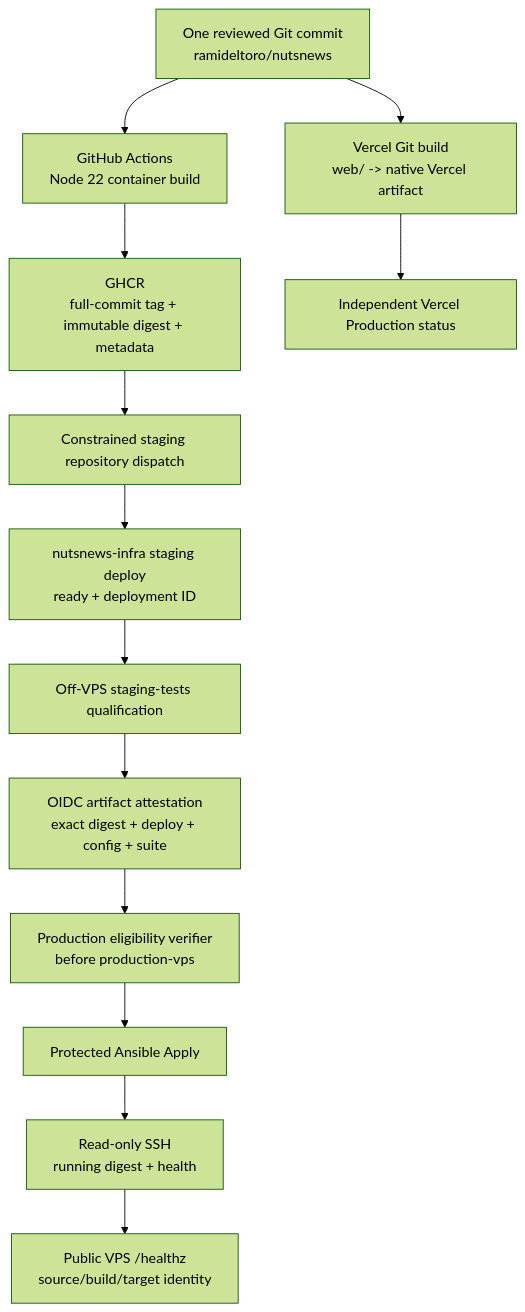
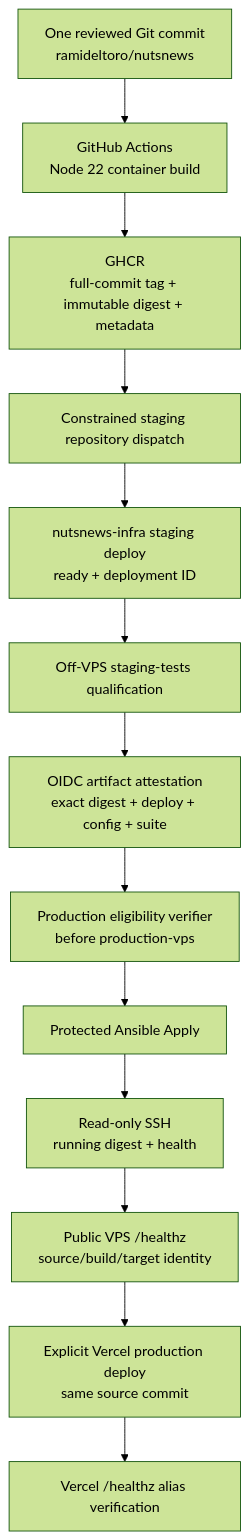
One commit to ramideltoro/nutsnews-docs changed the first of 5 diagrams in NUTSNEWS_DUAL_TARGET_WEB_DEPLOYMENT.md. Above: the diagram before and after it, drawn with Mermaid (forest theme). The commit also changed other lines of this file and 2 other files, not shown here.

Commit message:
docs: document coupled VPS and Vercel releases

````diff
--- a/NUTSNEWS_DUAL_TARGET_WEB_DEPLOYMENT.md
+++ b/NUTSNEWS_DUAL_TARGET_WEB_DEPLOYMENT.md
@@ -102,16 +106,16 @@
 ```mermaid
 flowchart TD
   commit["One reviewed Git commit\nramideltoro/nutsnews"]
-  commit --> vercel["Vercel Git build\nweb/ -> native Vercel artifact"]
   commit --> actions["GitHub Actions\nNode 22 container build"]
   actions --> ghcr["GHCR\nfull-commit tag + immutable digest + metadata"]
   ghcr --> dispatch["Constrained staging repository dispatch"]
   dispatch --> staging["nutsnews-infra staging deploy\nready + deployment ID"]
   staging --> qualifier["Off-VPS staging-tests qualification"]
   qualifier --> attestation["OIDC artifact attestation\nexact digest + deploy + config + suite"]
   attestation --> gate["Production eligibility verifier\nbefore production-vps"]
   gate --> apply["Protected Ansible Apply"]
   apply --> ssh["Read-only SSH\nrunning digest + health"]
   ssh --> vps["Public VPS /healthz\nsource/build/target identity"]
-  vercel --> status["Independent Vercel Production status"]
+  vps --> vercelProd["Explicit Vercel production deploy\nsame source commit"]
+  vercelProd --> status["Vercel /healthz alias verification"]
 ```
````
